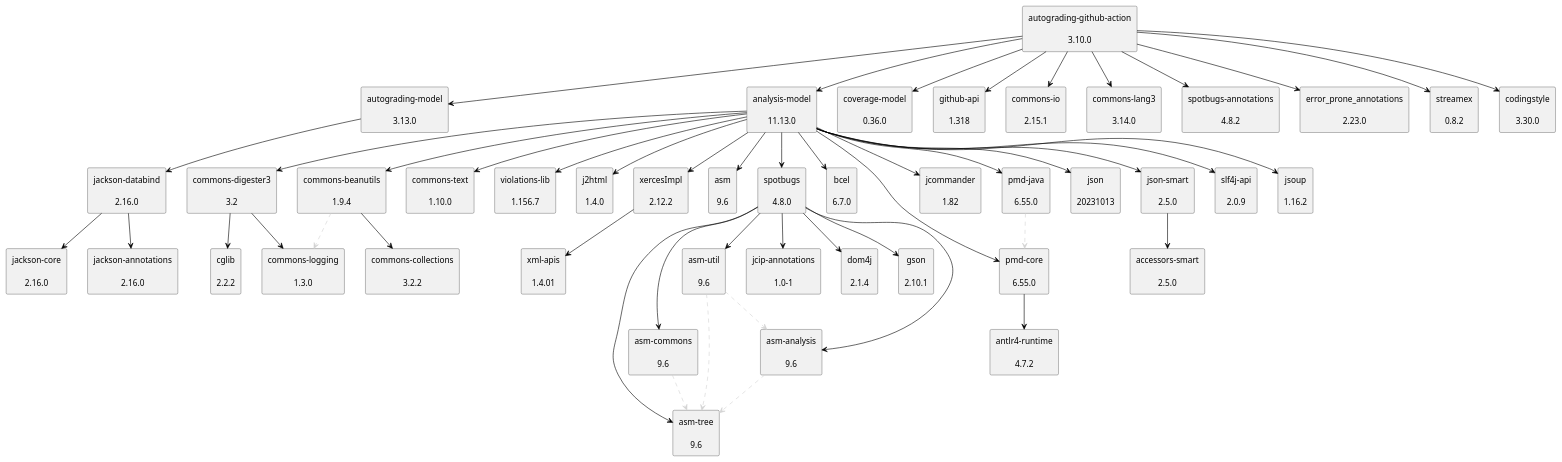
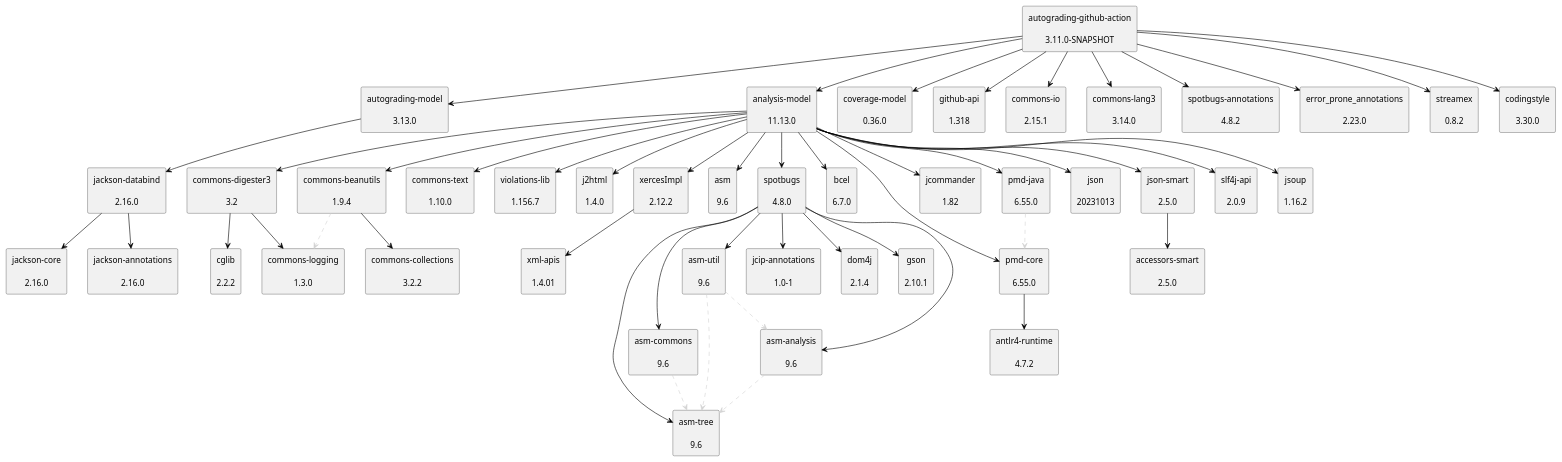
Before and after one commit to uhafner/autograding-github-action: the diagram in doc/dependency-graph.puml, drawn with PlantUML. The commit also changed 3 other files, not shown here.

```diff
--- a/doc/dependency-graph.puml
+++ b/doc/dependency-graph.puml
@@ -1,100 +1,100 @@
 @startuml
 skinparam defaultTextAlignment center
 skinparam rectangle {
   BackgroundColor<<optional>> beige
   BackgroundColor<<test>> lightGreen
   BackgroundColor<<runtime>> lightBlue
   BackgroundColor<<provided>> lightGray
 }
 rectangle "jackson-databind\n\n2.16.0" as com_fasterxml_jackson_core_jackson_databind_jar
 rectangle "jackson-annotations\n\n2.16.0" as com_fasterxml_jackson_core_jackson_annotations_jar
 rectangle "jackson-core\n\n2.16.0" as com_fasterxml_jackson_core_jackson_core_jar
 rectangle "autograding-model\n\n3.13.0" as edu_hm_hafner_autograding_model_jar
-rectangle "autograding-github-action\n\n3.10.0" as edu_hm_hafner_autograding_github_action_jar
+rectangle "autograding-github-action\n\n3.11.0-SNAPSHOT" as edu_hm_hafner_autograding_github_action_jar
 rectangle "analysis-model\n\n11.13.0" as edu_hm_hafner_analysis_model_jar
 rectangle "jsoup\n\n1.16.2" as org_jsoup_jsoup_jar
 rectangle "commons-digester3\n\n3.2" as org_apache_commons_commons_digester3_jar
 rectangle "cglib\n\n2.2.2" as cglib_cglib_jar
 rectangle "commons-logging\n\n1.3.0" as commons_logging_commons_logging_jar
 rectangle "commons-beanutils\n\n1.9.4" as commons_beanutils_commons_beanutils_jar
 rectangle "commons-collections\n\n3.2.2" as commons_collections_commons_collections_jar
 rectangle "commons-text\n\n1.10.0" as org_apache_commons_commons_text_jar
 rectangle "violations-lib\n\n1.156.7" as se_bjurr_violations_violations_lib_jar
 rectangle "j2html\n\n1.4.0" as com_j2html_j2html_jar
 rectangle "xercesImpl\n\n2.12.2" as xerces_xercesImpl_jar
 rectangle "xml-apis\n\n1.4.01" as xml_apis_xml_apis_jar
 rectangle "asm\n\n9.6" as org_ow2_asm_asm_jar
 rectangle "asm-analysis\n\n9.6" as org_ow2_asm_asm_analysis_jar
 rectangle "asm-tree\n\n9.6" as org_ow2_asm_asm_tree_jar
 rectangle "spotbugs\n\n4.8.0" as com_github_spotbugs_spotbugs_jar
 rectangle "asm-commons\n\n9.6" as org_ow2_asm_asm_commons_jar
 rectangle "asm-util\n\n9.6" as org_ow2_asm_asm_util_jar
 rectangle "jcip-annotations\n\n1.0-1" as com_github_stephenc_jcip_jcip_annotations_jar
 rectangle "dom4j\n\n2.1.4" as org_dom4j_dom4j_jar
 rectangle "gson\n\n2.10.1" as com_google_code_gson_gson_jar
 rectangle "bcel\n\n6.7.0" as org_apache_bcel_bcel_jar
 rectangle "pmd-core\n\n6.55.0" as net_sourceforge_pmd_pmd_core_jar
 rectangle "antlr4-runtime\n\n4.7.2" as org_antlr_antlr4_runtime_jar
 rectangle "jcommander\n\n1.82" as com_beust_jcommander_jar
 rectangle "pmd-java\n\n6.55.0" as net_sourceforge_pmd_pmd_java_jar
 rectangle "json\n\n20231013" as org_json_json_jar
 rectangle "json-smart\n\n2.5.0" as net_minidev_json_smart_jar
 rectangle "accessors-smart\n\n2.5.0" as net_minidev_accessors_smart_jar
 rectangle "slf4j-api\n\n2.0.9" as org_slf4j_slf4j_api_jar
 rectangle "coverage-model\n\n0.36.0" as edu_hm_hafner_coverage_model_jar
 rectangle "github-api\n\n1.318" as org_kohsuke_github_api_jar
 rectangle "commons-io\n\n2.15.1" as commons_io_commons_io_jar
 rectangle "commons-lang3\n\n3.14.0" as org_apache_commons_commons_lang3_jar
 rectangle "spotbugs-annotations\n\n4.8.2" as com_github_spotbugs_spotbugs_annotations_jar
 rectangle "error_prone_annotations\n\n2.23.0" as com_google_errorprone_error_prone_annotations_jar
 rectangle "streamex\n\n0.8.2" as one_util_streamex_jar
 rectangle "codingstyle\n\n3.30.0" as edu_hm_hafner_codingstyle_jar
 com_fasterxml_jackson_core_jackson_databind_jar -[#000000]-> com_fasterxml_jackson_core_jackson_annotations_jar
 com_fasterxml_jackson_core_jackson_databind_jar -[#000000]-> com_fasterxml_jackson_core_jackson_core_jar
 edu_hm_hafner_autograding_model_jar -[#000000]-> com_fasterxml_jackson_core_jackson_databind_jar
 edu_hm_hafner_autograding_github_action_jar -[#000000]-> edu_hm_hafner_autograding_model_jar
 edu_hm_hafner_analysis_model_jar -[#000000]-> org_jsoup_jsoup_jar
 org_apache_commons_commons_digester3_jar -[#000000]-> cglib_cglib_jar
 org_apache_commons_commons_digester3_jar -[#000000]-> commons_logging_commons_logging_jar
 edu_hm_hafner_analysis_model_jar -[#000000]-> org_apache_commons_commons_digester3_jar
 commons_beanutils_commons_beanutils_jar .[#D3D3D3].> commons_logging_commons_logging_jar
 commons_beanutils_commons_beanutils_jar -[#000000]-> commons_collections_commons_collections_jar
 edu_hm_hafner_analysis_model_jar -[#000000]-> commons_beanutils_commons_beanutils_jar
 edu_hm_hafner_analysis_model_jar -[#000000]-> org_apache_commons_commons_text_jar
 edu_hm_hafner_analysis_model_jar -[#000000]-> se_bjurr_violations_violations_lib_jar
 edu_hm_hafner_analysis_model_jar -[#000000]-> com_j2html_j2html_jar
 xerces_xercesImpl_jar -[#000000]-> xml_apis_xml_apis_jar
 edu_hm_hafner_analysis_model_jar -[#000000]-> xerces_xercesImpl_jar
 edu_hm_hafner_analysis_model_jar -[#000000]-> org_ow2_asm_asm_jar
 org_ow2_asm_asm_analysis_jar .[#D3D3D3].> org_ow2_asm_asm_tree_jar
 com_github_spotbugs_spotbugs_jar -[#000000]-> org_ow2_asm_asm_analysis_jar
 org_ow2_asm_asm_commons_jar .[#D3D3D3].> org_ow2_asm_asm_tree_jar
 com_github_spotbugs_spotbugs_jar -[#000000]-> org_ow2_asm_asm_commons_jar
 com_github_spotbugs_spotbugs_jar -[#000000]-> org_ow2_asm_asm_tree_jar
 org_ow2_asm_asm_util_jar .[#D3D3D3].> org_ow2_asm_asm_tree_jar
 org_ow2_asm_asm_util_jar .[#D3D3D3].> org_ow2_asm_asm_analysis_jar
 com_github_spotbugs_spotbugs_jar -[#000000]-> org_ow2_asm_asm_util_jar
 com_github_spotbugs_spotbugs_jar -[#000000]-> com_github_stephenc_jcip_jcip_annotations_jar
 com_github_spotbugs_spotbugs_jar -[#000000]-> org_dom4j_dom4j_jar
 com_github_spotbugs_spotbugs_jar -[#000000]-> com_google_code_gson_gson_jar
 edu_hm_hafner_analysis_model_jar -[#000000]-> com_github_spotbugs_spotbugs_jar
 edu_hm_hafner_analysis_model_jar -[#000000]-> org_apache_bcel_bcel_jar
 net_sourceforge_pmd_pmd_core_jar -[#000000]-> org_antlr_antlr4_runtime_jar
 edu_hm_hafner_analysis_model_jar -[#000000]-> net_sourceforge_pmd_pmd_core_jar
 edu_hm_hafner_analysis_model_jar -[#000000]-> com_beust_jcommander_jar
 net_sourceforge_pmd_pmd_java_jar .[#D3D3D3].> net_sourceforge_pmd_pmd_core_jar
 edu_hm_hafner_analysis_model_jar -[#000000]-> net_sourceforge_pmd_pmd_java_jar
 edu_hm_hafner_analysis_model_jar -[#000000]-> org_json_json_jar
 net_minidev_json_smart_jar -[#000000]-> net_minidev_accessors_smart_jar
 edu_hm_hafner_analysis_model_jar -[#000000]-> net_minidev_json_smart_jar
 edu_hm_hafner_analysis_model_jar -[#000000]-> org_slf4j_slf4j_api_jar
 edu_hm_hafner_autograding_github_action_jar -[#000000]-> edu_hm_hafner_analysis_model_jar
 edu_hm_hafner_autograding_github_action_jar -[#000000]-> edu_hm_hafner_coverage_model_jar
 edu_hm_hafner_autograding_github_action_jar -[#000000]-> org_kohsuke_github_api_jar
 edu_hm_hafner_autograding_github_action_jar -[#000000]-> commons_io_commons_io_jar
 edu_hm_hafner_autograding_github_action_jar -[#000000]-> org_apache_commons_commons_lang3_jar
 edu_hm_hafner_autograding_github_action_jar -[#000000]-> com_github_spotbugs_spotbugs_annotations_jar
 edu_hm_hafner_autograding_github_action_jar -[#000000]-> com_google_errorprone_error_prone_annotations_jar
 edu_hm_hafner_autograding_github_action_jar -[#000000]-> one_util_streamex_jar
 edu_hm_hafner_autograding_github_action_jar -[#000000]-> edu_hm_hafner_codingstyle_jar
 @enduml
```
